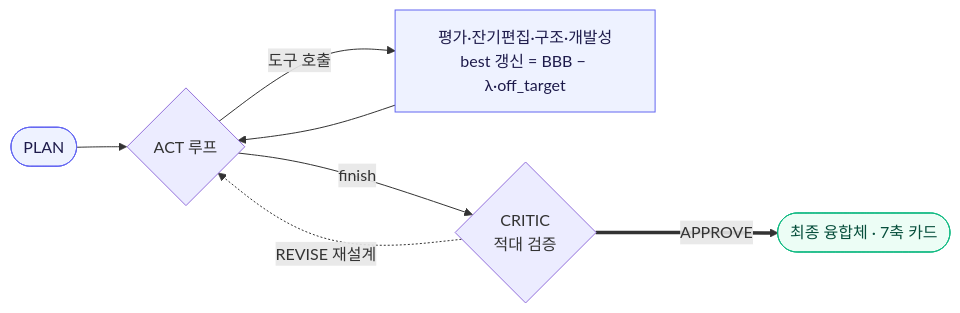
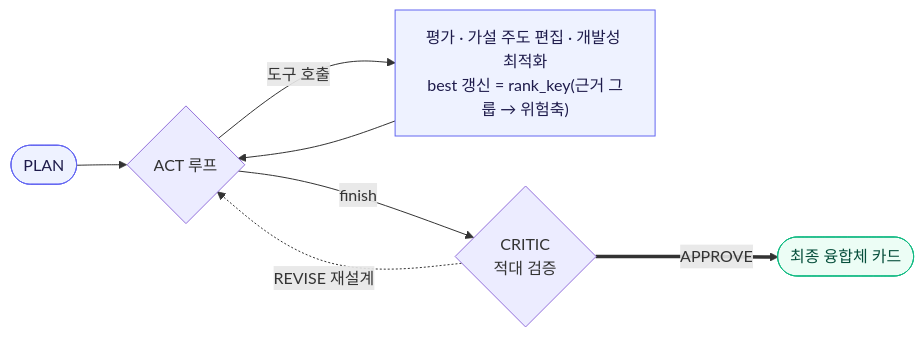
The second of 2 diagrams in README.md (yunseul6028/BBB-Optimizer), drawn with Mermaid before and after one commit. The commit also changed other lines of this file and 3 other files, not shown here.

````diff
--- a/README.md
+++ b/README.md
@@ -120,13 +168,13 @@
 ```mermaid
 flowchart LR
   P(["PLAN"]) --> L{"ACT 루프"}
-  L -->|도구 호출| T["평가·잔기편집·구조·개발성<br/>best 갱신 = BBB − λ·off_target"]
+  L -->|도구 호출| T["평가 · 가설 주도 편집 · 개발성 최적화<br/>best 갱신 = rank_key(근거 그룹 → 위험축)"]
   T --> L
   L -->|finish| C{"CRITIC<br/>적대 검증"}
   C -.->|REVISE 재설계| L
-  C ==>|APPROVE| O(["최종 융합체 · 7축 카드"])
+  C ==>|APPROVE| O(["최종 융합체 카드"])
   classDef step fill:#eef2ff,stroke:#6366f1,color:#1e1b4b;
   classDef ok fill:#ecfdf5,stroke:#10b981,color:#064e3b;
   class P,T step
   class O ok
 ```
````
